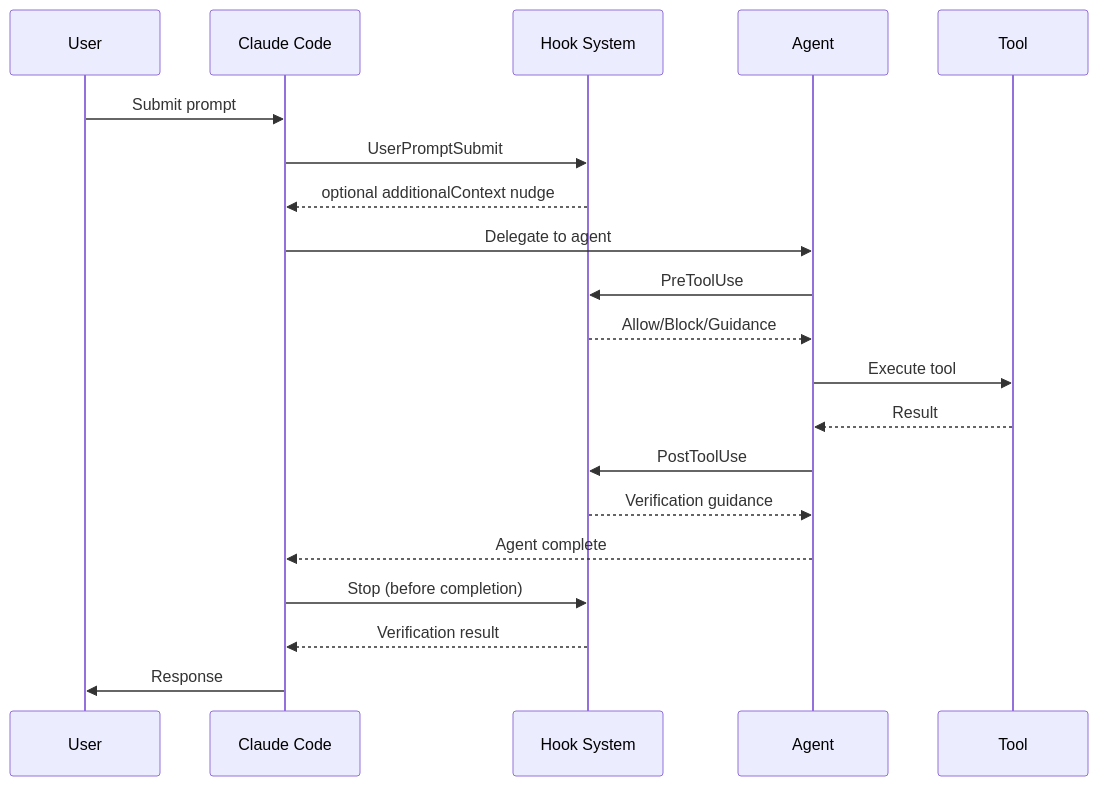
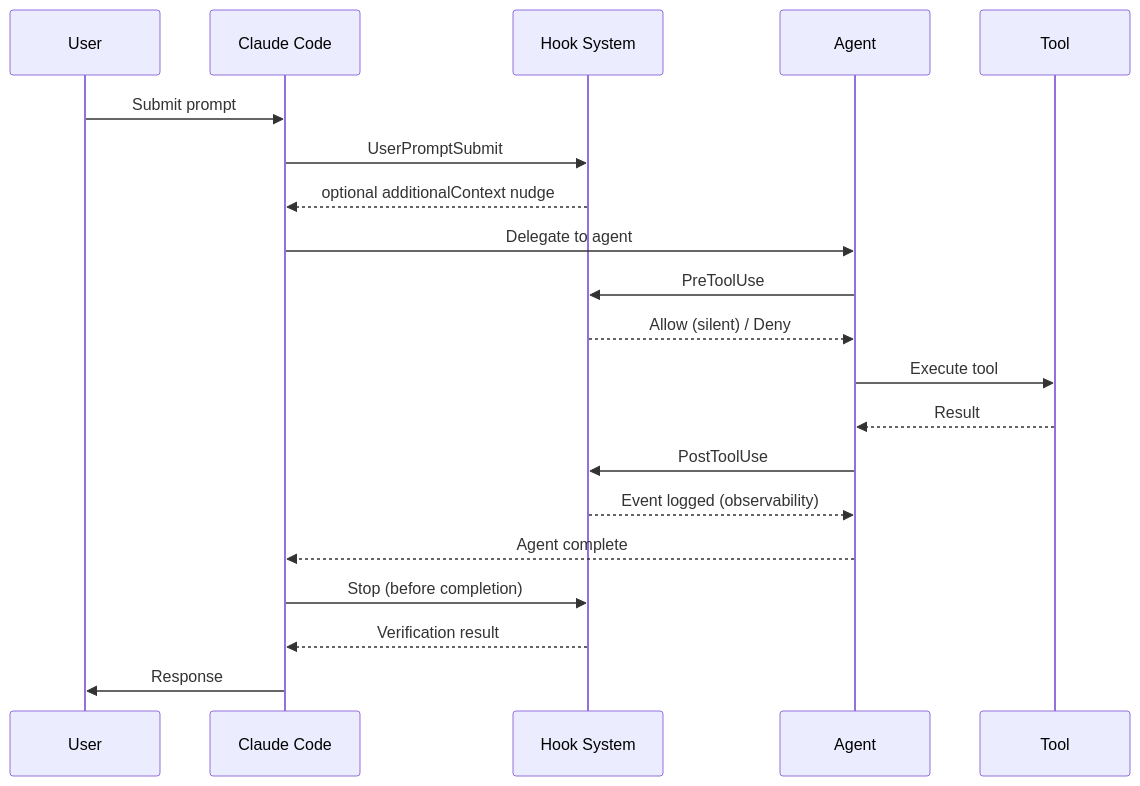
One commit to josix/agent-flow changed the diagram in docs/reference/hooks.md. Above: the diagram before and after it, drawn with Mermaid. The commit also changed other lines of this file and 60 other files, not shown here.

First line of the commit message:
feat: modernize agent-flow for current Claude Code and speed up /orchestrate

````diff
--- a/docs/reference/hooks.md
+++ b/docs/reference/hooks.md
@@ -17,25 +16,25 @@
 ```mermaid
 sequenceDiagram
     participant U as User
     participant C as Claude Code
     participant H as Hook System
     participant A as Agent
     participant T as Tool
 
     U->>C: Submit prompt
     C->>H: UserPromptSubmit
     H-->>C: optional additionalContext nudge
 
     C->>A: Delegate to agent
     A->>H: PreToolUse
-    H-->>A: Allow/Block/Guidance
+    H-->>A: Allow (silent) / Deny
     A->>T: Execute tool
     T-->>A: Result
     A->>H: PostToolUse
-    H-->>A: Verification guidance
+    H-->>A: Event logged (observability)
 
     A-->>C: Agent complete
     C->>H: Stop (before completion)
     H-->>C: Verification result
     C->>U: Response
 ```
````
